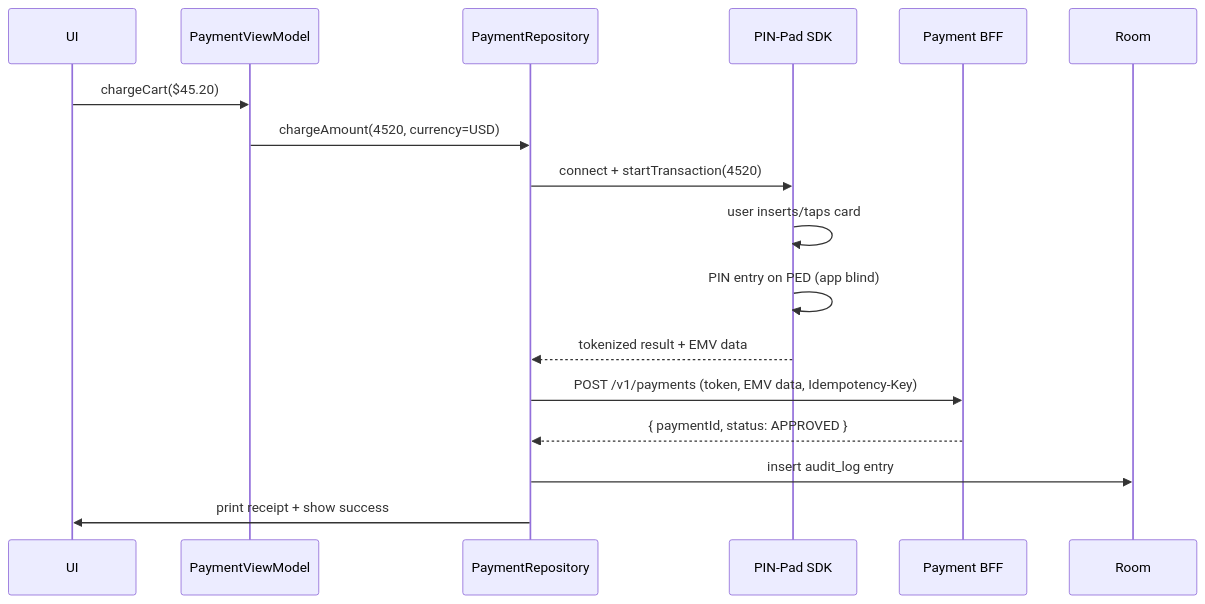
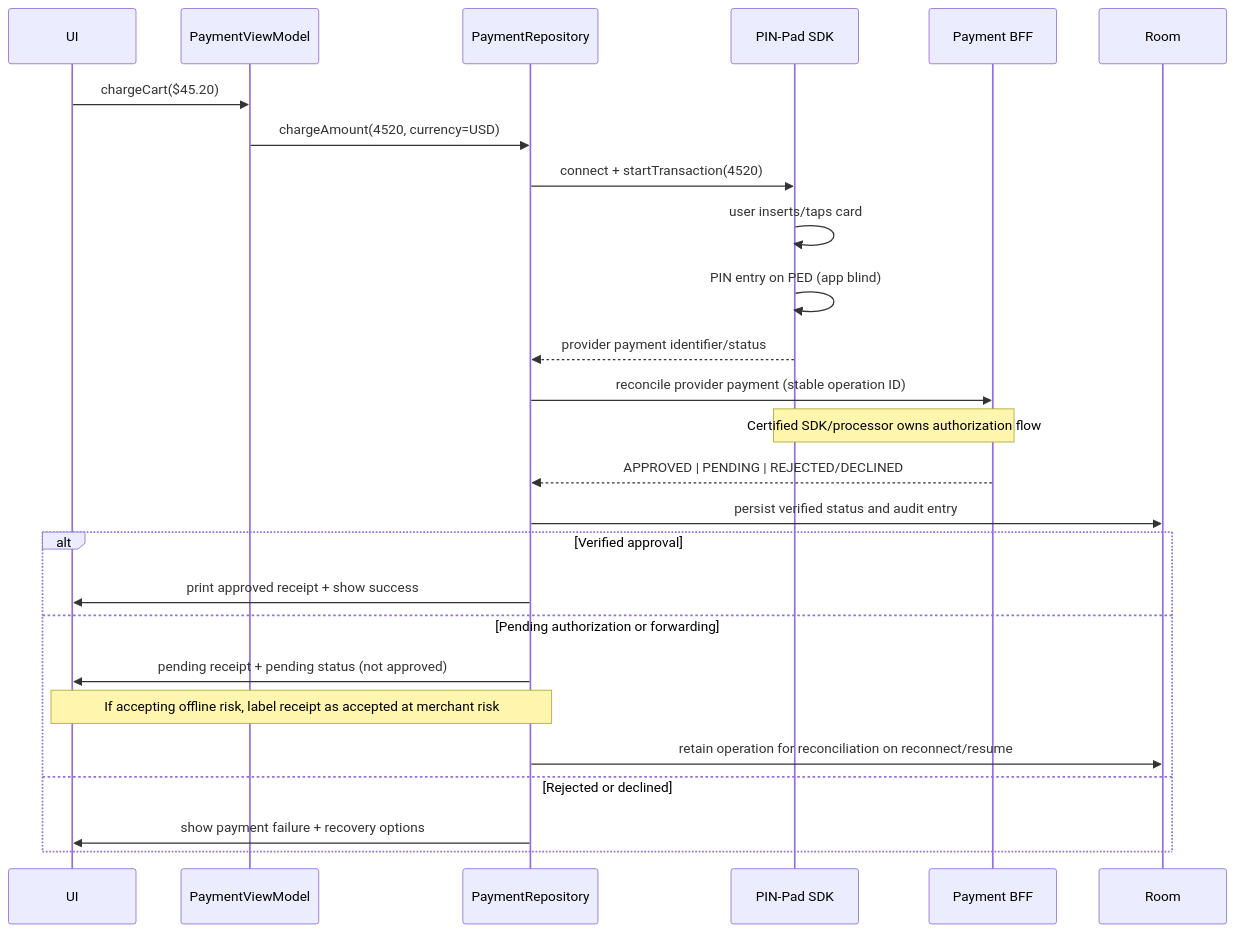
Before and after one commit to swarnsingh/android-staff-engineer-playbook-website: the third of 3 diagrams in reference-architectures/merchant-app.md, drawn with Mermaid. The commit also changed other lines of this file and 37 other files, not shown here.

Commit message:
Add the reviewed Reference Architectures chapters to the website

````diff
--- a/reference-architectures/merchant-app.md
+++ b/reference-architectures/merchant-app.md
@@ -134,20 +142,29 @@
 ```mermaid
 sequenceDiagram
     participant UI
     participant VM as PaymentViewModel
     participant Repo as PaymentRepository
     participant PinPad as PIN-Pad SDK
     participant API as Payment BFF
     participant Room
 
     UI->>VM: chargeCart($45.20)
     VM->>Repo: chargeAmount(4520, currency=USD)
     Repo->>PinPad: connect + startTransaction(4520)
     PinPad->>PinPad: user inserts/taps card
     PinPad->>PinPad: PIN entry on PED (app blind)
-    PinPad-->>Repo: tokenized result + EMV data
-    Repo->>API: POST /v1/payments (token, EMV data, Idempotency-Key)
-    API-->>Repo: { paymentId, status: APPROVED }
-    Repo->>Room: insert audit_log entry
-    Repo->>UI: print receipt + show success
+    PinPad-->>Repo: provider payment identifier/status
+    Repo->>API: reconcile provider payment (stable operation ID)
+    Note over PinPad,API: Certified SDK/processor owns authorization flow
+    API-->>Repo: APPROVED | PENDING | REJECTED/DECLINED
+    Repo->>Room: persist verified status and audit entry
+    alt Verified approval
+        Repo->>UI: print approved receipt + show success
+    else Pending authorization or forwarding
+        Repo->>UI: pending receipt + pending status (not approved)
+        Note over Repo,UI: If accepting offline risk, label receipt as accepted at merchant risk
+        Repo->>Room: retain operation for reconciliation on reconnect/resume
+    else Rejected or declined
+        Repo->>UI: show payment failure + recovery options
+    end
 ```
````
